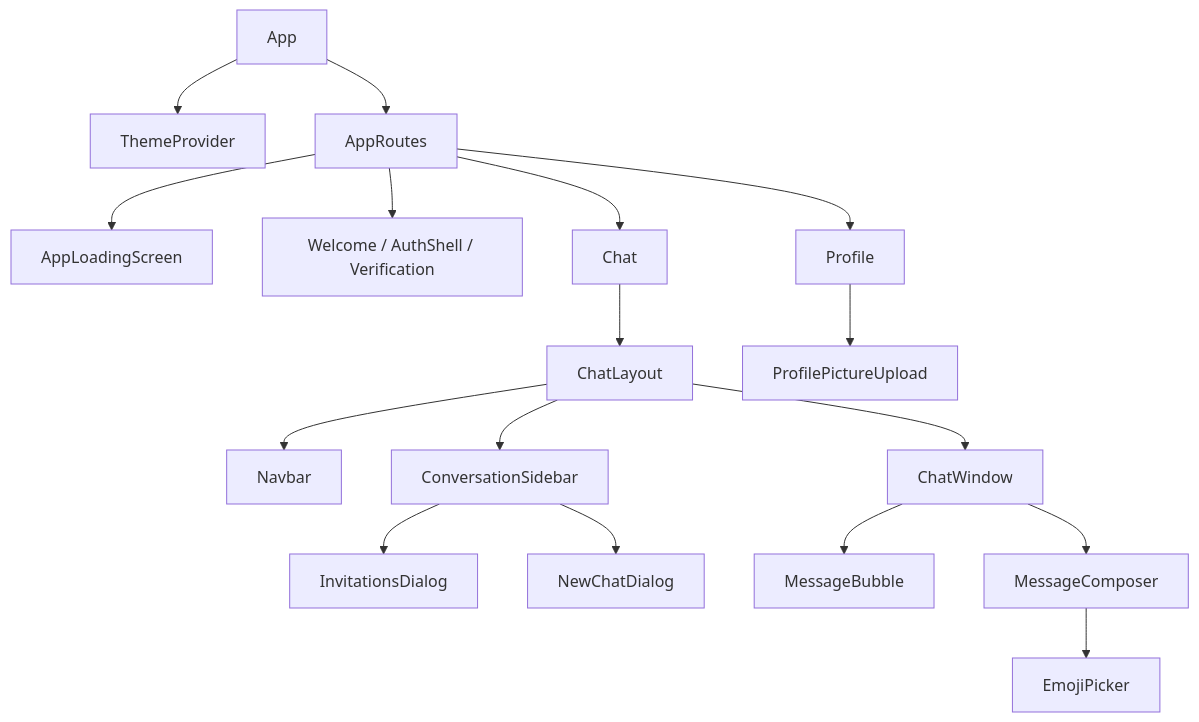
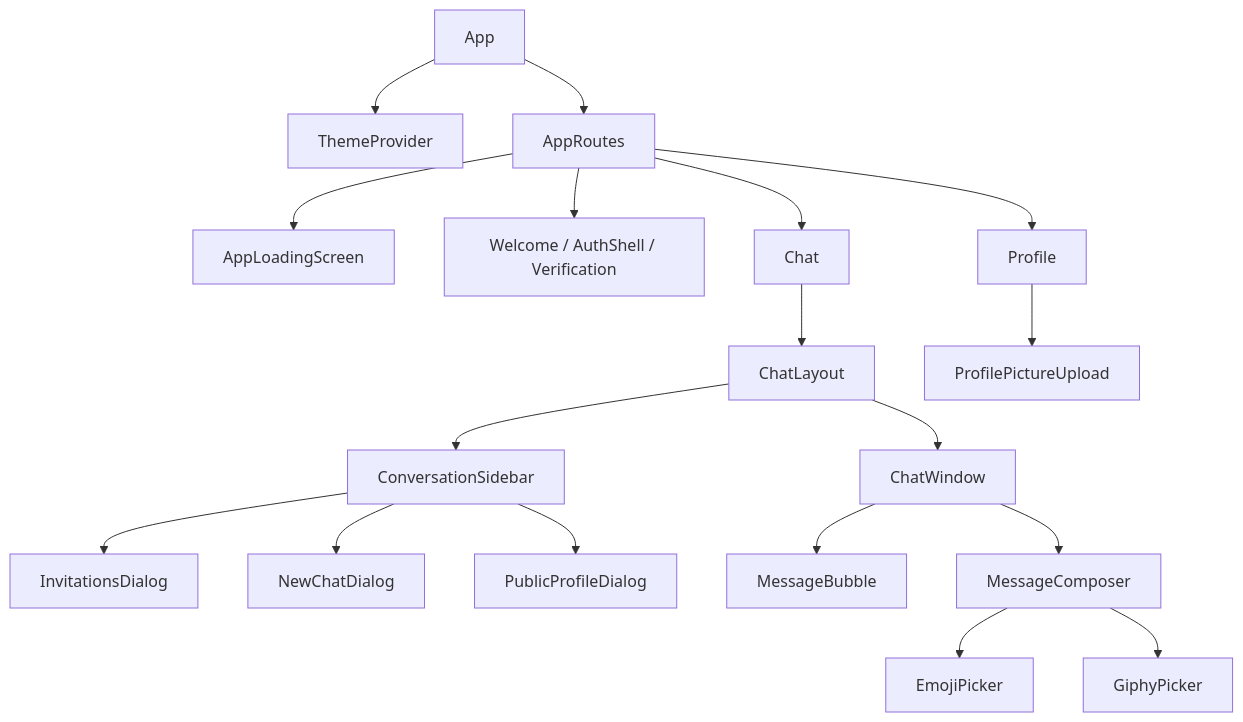
The first of 3 diagrams in docs/06-frontend-design.md (Saurav11343/click-chat), drawn with Mermaid before and after one commit. The commit also changed other lines of this file and 12 other files, not shown here.

````diff
--- a/docs/06-frontend-design.md
+++ b/docs/06-frontend-design.md
@@ -21,19 +23,20 @@
 ```mermaid
 flowchart TD
     APP["App"] --> TP["ThemeProvider"]
     APP --> RT["AppRoutes"]
     RT --> LOAD["AppLoadingScreen"]
     RT --> PUB["Welcome / AuthShell / Verification"]
     RT --> CHAT["Chat"]
     RT --> PROFILE["Profile"]
     CHAT --> LAYOUT["ChatLayout"]
-    LAYOUT --> NAV["Navbar"]
     LAYOUT --> SIDE["ConversationSidebar"]
     LAYOUT --> WIN["ChatWindow"]
     SIDE --> INV["InvitationsDialog"]
     SIDE --> NEW["NewChatDialog"]
+    SIDE --> PUBPRO["PublicProfileDialog"]
     WIN --> BUB["MessageBubble"]
     WIN --> COMP["MessageComposer"]
     COMP --> EMOJI["EmojiPicker"]
+    COMP --> GIPHY["GiphyPicker"]
     PROFILE --> PIC["ProfilePictureUpload"]
 ```
````
